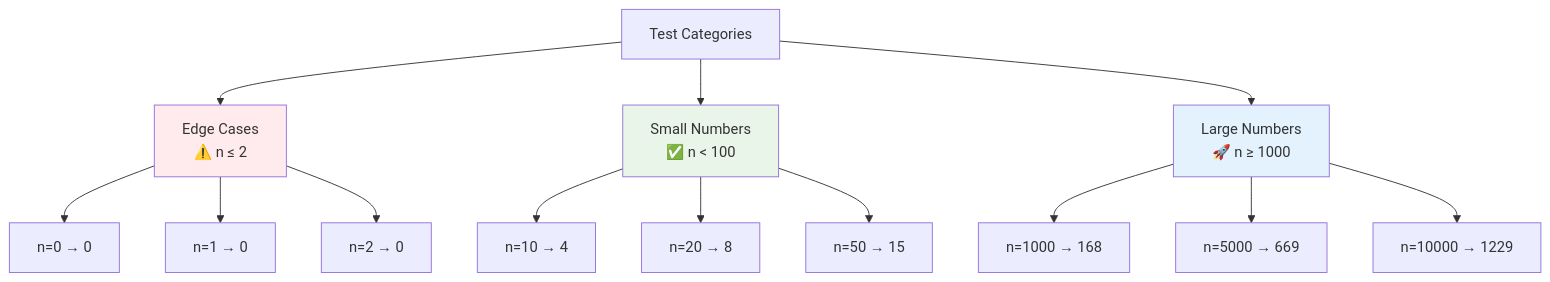
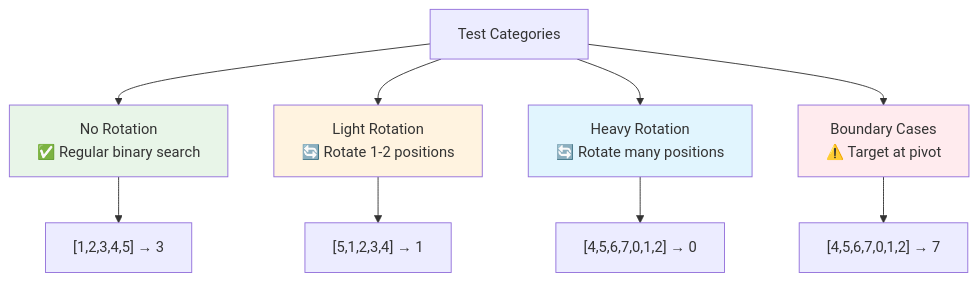
Before and after one commit to LuckyLongre123/README_RUNNER: the ninth of 13 diagrams in README.md, drawn with Mermaid. The commit also changed other lines of this file, not shown here.

````diff
--- a/README.md
+++ b/README.md
@@ -270,22 +274,17 @@
 ```mermaid
 flowchart TD
-    A[Test Categories] --> B[Edge Cases<br/>⚠️ n ≤ 2]
-    A --> C[Small Numbers<br/>✅ n < 100]
-    A --> D[Large Numbers<br/>🚀 n ≥ 1000]
+    A["Test Categories"] --> B["No Rotation<br/>✅ Regular binary search"]
+    A --> C["Light Rotation<br/>🔄 Rotate 1-2 positions"]
+    A --> D["Heavy Rotation<br/>🔄 Rotate many positions"]
+    A --> E["Boundary Cases<br/>⚠️ Target at pivot"]
     
-    B --> B1[n=0 → 0]
-    B --> B2[n=1 → 0]
-    B --> B3[n=2 → 0]
+    B --> B1["[1,2,3,4,5] → 3"]
+    C --> C1["[5,1,2,3,4] → 1"]
+    D --> D1["[4,5,6,7,0,1,2] → 0"]
+    E --> E1["[4,5,6,7,0,1,2] → 7"]
     
-    C --> C1[n=10 → 4]
-    C --> C2[n=20 → 8]
-    C --> C3[n=50 → 15]
-    
-    D --> D1[n=1000 → 168]
-    D --> D2[n=5000 → 669]
-    D --> D3[n=10000 → 1229]
-    
-    style B fill:#ffebee
-    style C fill:#e8f5e8
-    style D fill:#e3f2fd
+    style B fill:#e8f5e8
+    style C fill:#fff3e0
+    style D fill:#e1f5fe
+    style E fill:#ffebee
 ```
````
